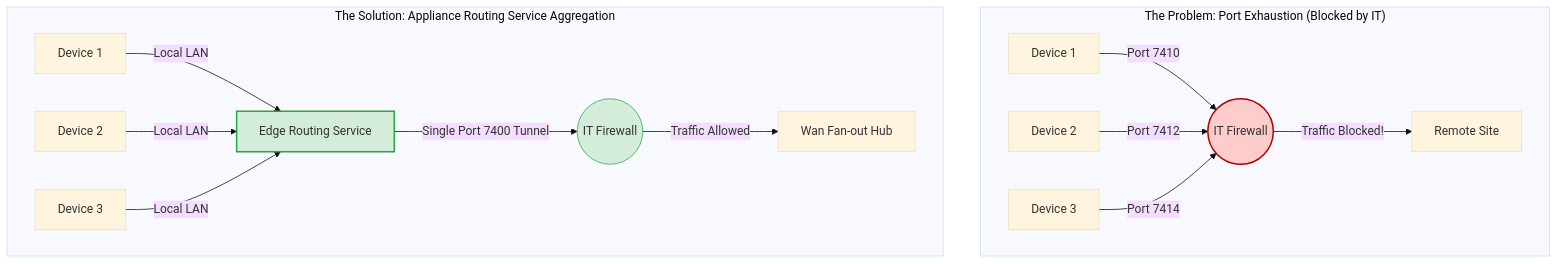
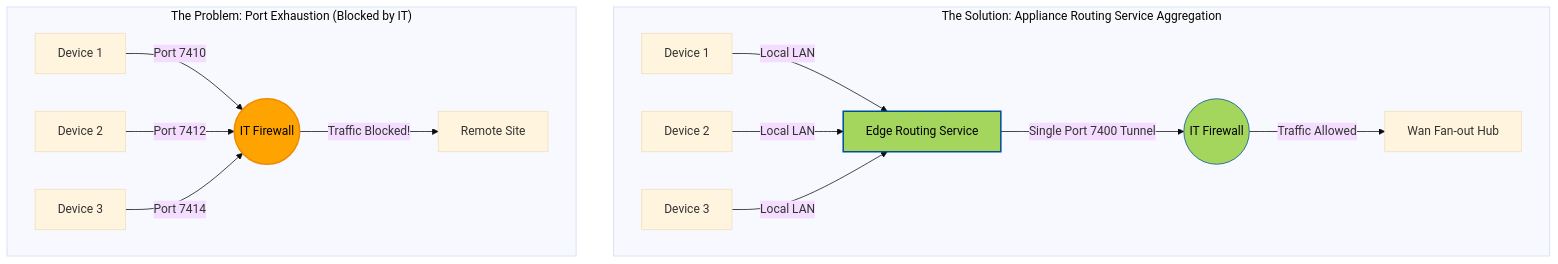
The first of 3 diagrams in examples/2. Routing Service/README.md (ajmhs/connext_appliance), drawn with Mermaid (base theme) before and after one commit. The commit also changed other lines of this file and 8 other files, not shown here.

````diff
--- a/examples/2. Routing Service/README.md
+++ b/examples/2. Routing Service/README.md
@@ -7,20 +37,20 @@
 ```mermaid
 graph TD
-    subgraph "The Problem: Port Exhaustion (Blocked by IT)"
-        A1[Device 1] -->|Port 7410| FW1((IT Firewall))
-        A2[Device 2] -->|Port 7412| FW1
-        A3[Device 3] -->|Port 7414| FW1
-        FW1 -->|Traffic Blocked!| X[Remote Site]
-        style FW1 fill:#ffcccc,stroke:#b30000,stroke-width:2px
-    end
-
     subgraph "The Solution: Appliance Routing Service Aggregation"
         B1[Device 1] -->|Local LAN| RS[Edge Routing Service]
         B2[Device 2] -->|Local LAN| RS
         B3[Device 3] -->|Local LAN| RS
         RS -->|Single Port 7400 Tunnel| FW2((IT Firewall))
         FW2 -->|Traffic Allowed| Hub[Wan Fan-out Hub]
-        style RS fill:#d4edda,stroke:#28a745,stroke-width:2px
-        style FW2 fill:#d4edda,stroke:#28a745,stroke-width:1px
+        style RS fill:#A4D65E,stroke:#004C97,stroke-width:2px,color:#000
+        style FW2 fill:#A4D65E,stroke:#004C97,stroke-width:1px,color:#000
+    end
+
+    subgraph "The Problem: Port Exhaustion (Blocked by IT)"
+        A1[Device 1] -->|Port 7410| FW1((IT Firewall))
+        A2[Device 2] -->|Port 7412| FW1
+        A3[Device 3] -->|Port 7414| FW1
+        FW1 -->|Traffic Blocked!| X[Remote Site]
+        style FW1 fill:#FFA300,stroke:#ED8B00,stroke-width:2px,color:#000
     end
 ```
````
